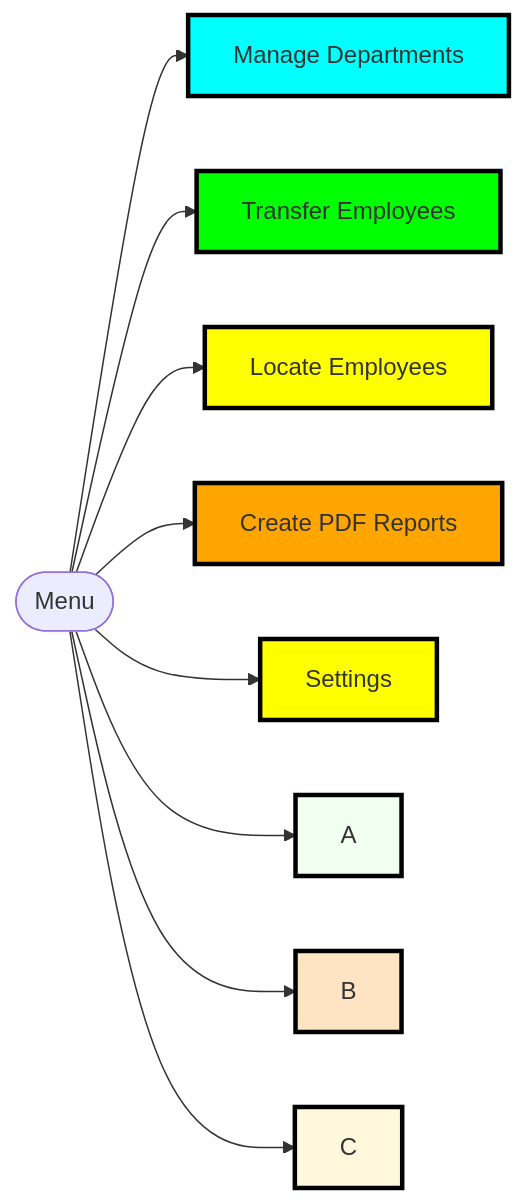
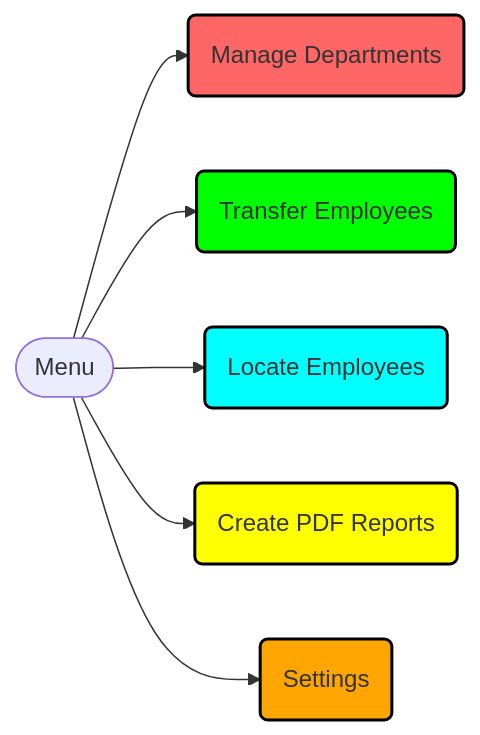
Before and after one commit to k1729p/Study27: the diagram in docs/mermaid/flowchart.md, drawn with Mermaid. The commit also changed 2 other files, not shown here.

````diff
--- a/docs/mermaid/flowchart.md
+++ b/docs/mermaid/flowchart.md
@@ -1,29 +1,21 @@
 ```mermaid
 flowchart LR
   MENU([Menu])
-  MNG[Manage Departments]:::cyanBox
-  TRN[Transfer Employees]:::greenBox
-  LOC[Locate Employees]:::yellowBox
-  PDF[Create PDF Reports]:::orangeBox
-  SET[Settings]:::yellowBox
-  A[A]:::honeydewBox
-  B[B]:::bisqueBox
-  C[C]:::cornsilkBox
+  MNG(Manage Departments):::redBox
+  TRN(Transfer Employees):::greenBox
+  LOC(Locate Employees):::cyanBox
+  PDF(Create PDF Reports):::yellowBox
+  SET(Settings):::orangeBox
 %% Flows
-    MENU --> MNG
-    MENU --> TRN
-    MENU --> LOC
-    MENU --> PDF
-    MENU --> SET
-    MENU --> A
-    MENU --> B
-    MENU --> C
+  MENU --> MNG
+  MENU --> TRN
+  MENU --> LOC
+  MENU --> PDF
+  MENU --> SET
 %% Style Definitions
-    classDef greenBox fill: #00ff00, stroke: #000, stroke-width: 3px
-    classDef cyanBox fill: #00ffff, stroke: #000, stroke-width: 3px
-    classDef yellowBox fill: #ffff00, stroke: #000, stroke-width: 3px
-    classDef orangeBox  fill: #ffa500,stroke:#000,stroke-width:3px
-    classDef honeydewBox  fill: honeydew,stroke:#000,stroke-width:3px
-    classDef bisqueBox  fill: bisque,stroke:#000,stroke-width:3px
-    classDef cornsilkBox  fill: cornsilk,stroke:#000,stroke-width:3px
+  classDef redBox fill: #ff6666, stroke: #000, stroke-width: 2px
+  classDef greenBox fill: #00ff00, stroke: #000, stroke-width: 2px
+  classDef cyanBox fill: #00ffff, stroke: #000, stroke-width: 2px
+  classDef yellowBox fill: #ffff00, stroke: #000, stroke-width: 2px
+  classDef orangeBox  fill: #ffa500,stroke:#000,stroke-width:2px
 ```
````
